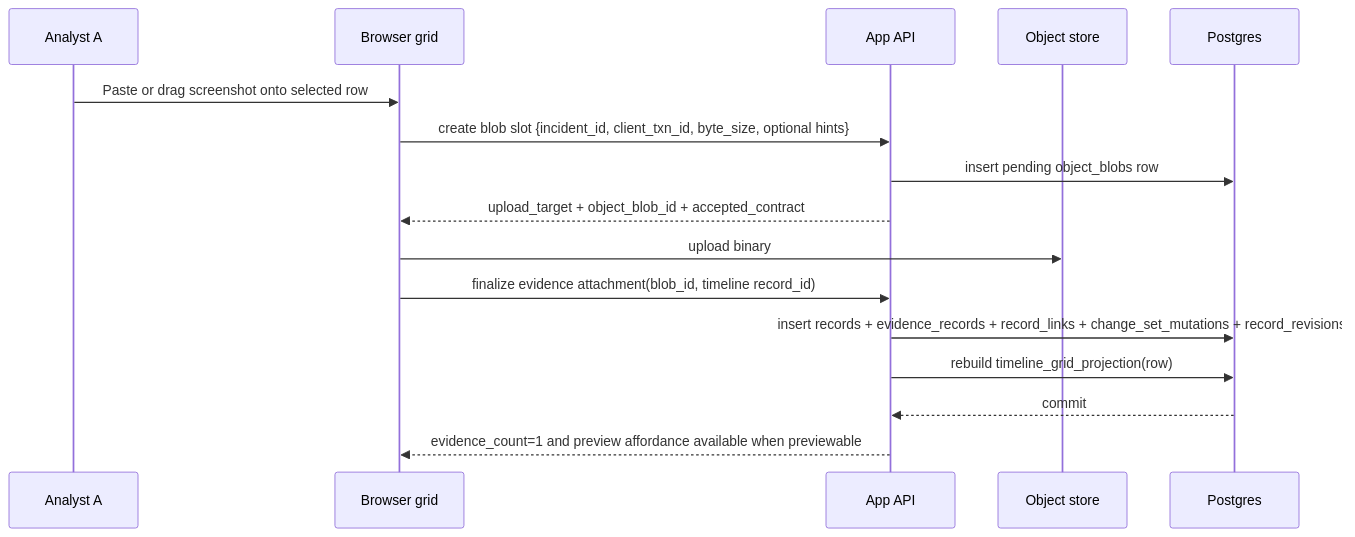
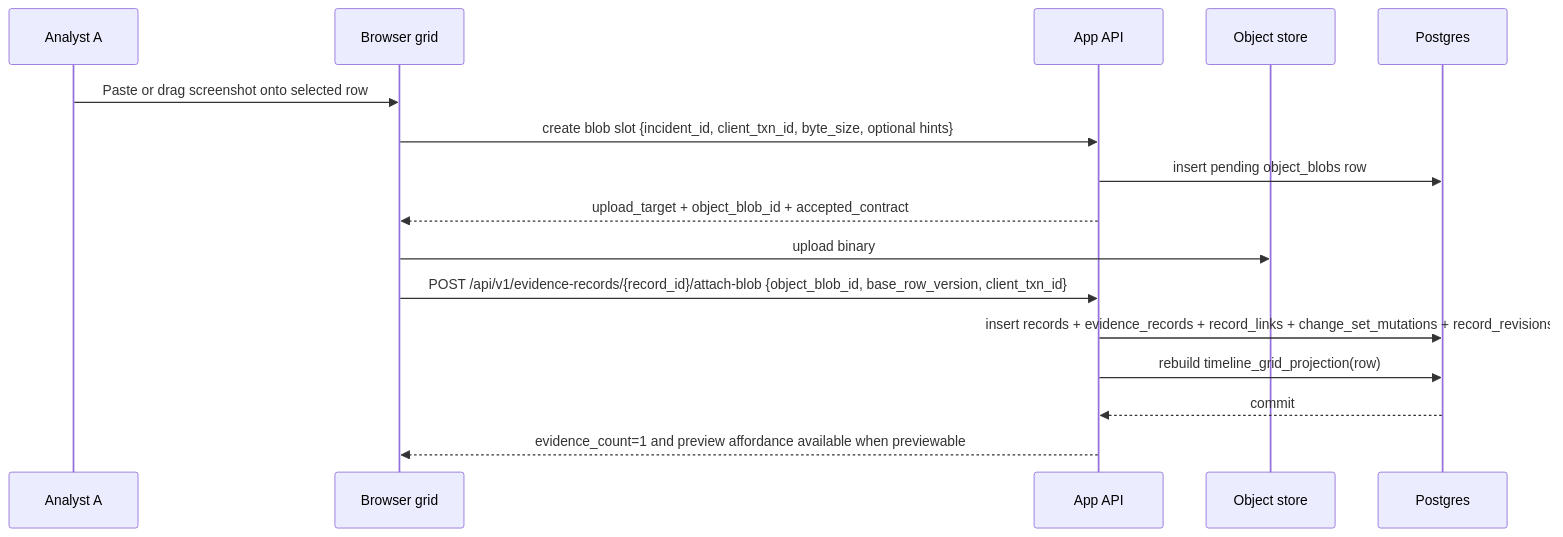
Before and after one commit to JochiRaider/cartulary: the second of 8 diagrams in D_workflow_and_ui_illustrations_source_extract.md, drawn with Mermaid. The commit also changed other lines of this file and 6 other files, not shown here.

````diff
--- a/D_workflow_and_ui_illustrations_source_extract.md
+++ b/D_workflow_and_ui_illustrations_source_extract.md
@@ -41,19 +41,19 @@
 ```mermaid
 sequenceDiagram
     participant A as Analyst A
     participant UI as Browser grid
     participant App as App API
     participant OBJ as Object store
     participant PG as Postgres
 
     A->>UI: Paste or drag screenshot onto selected row
     UI->>App: create blob slot {incident_id, client_txn_id, byte_size, optional hints}
     App->>PG: insert pending object_blobs row
     App-->>UI: upload_target + object_blob_id + accepted_contract
     UI->>OBJ: upload binary
-    UI->>App: finalize evidence attachment(blob_id, timeline record_id)
+    UI->>App: POST /api/v1/evidence-records/{record_id}/attach-blob {object_blob_id, base_row_version, client_txn_id}
     App->>PG: insert records + evidence_records + record_links + change_set_mutations + record_revisions
     App->>PG: rebuild timeline_grid_projection(row)
     PG-->>App: commit
     App-->>UI: evidence_count=1 and preview affordance available when previewable
 ```
````
